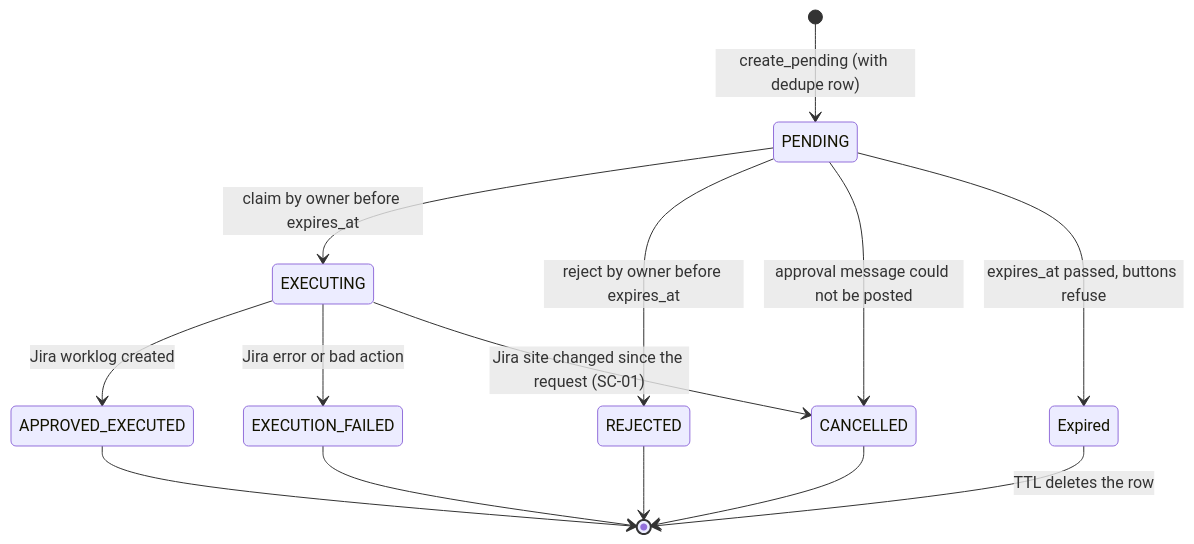
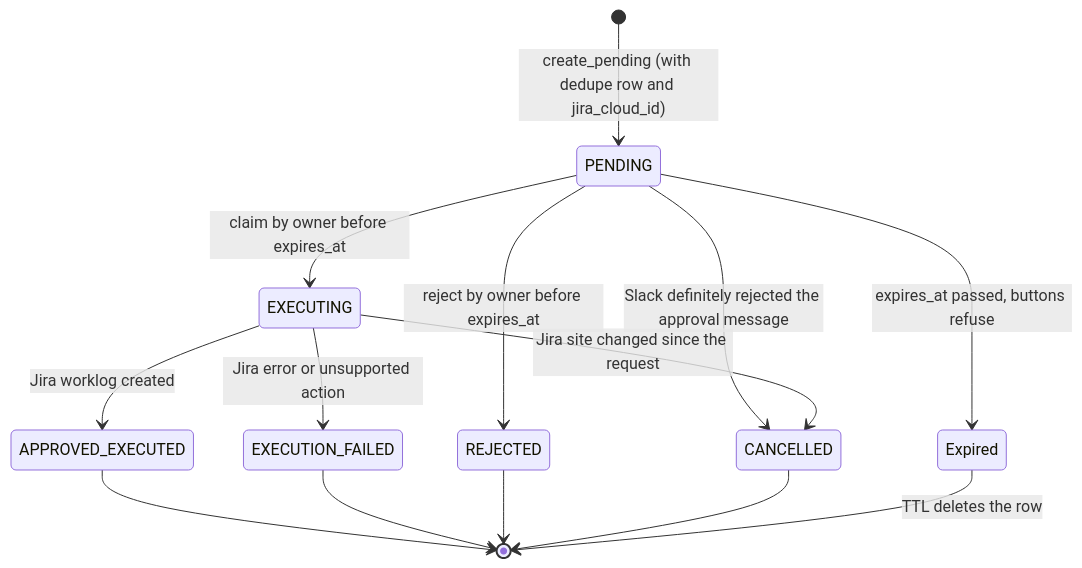
The third of 10 diagrams in docs/design/data_model_and_flows.md (lolohoang123/jira_agent), drawn with Mermaid before and after one commit. The commit also changed other lines of this file and 10 other files, not shown here.

````diff
--- a/docs/design/data_model_and_flows.md
+++ b/docs/design/data_model_and_flows.md
@@ -108,16 +153,16 @@
 ```mermaid
 stateDiagram-v2
-    [*] --> PENDING : create_pending (with dedupe row)
+    [*] --> PENDING : create_pending (with dedupe row and jira_cloud_id)
     PENDING --> EXECUTING : claim by owner before expires_at
     PENDING --> REJECTED : reject by owner before expires_at
-    PENDING --> CANCELLED : approval message could not be posted
+    PENDING --> CANCELLED : Slack definitely rejected the approval message
     PENDING --> Expired : expires_at passed, buttons refuse
+    EXECUTING --> CANCELLED : Jira site changed since the request
     EXECUTING --> APPROVED_EXECUTED : Jira worklog created
-    EXECUTING --> EXECUTION_FAILED : Jira error or bad action
-    EXECUTING --> CANCELLED : Jira site changed since the request (SC-01)
+    EXECUTING --> EXECUTION_FAILED : Jira error or unsupported action
     APPROVED_EXECUTED --> [*]
     EXECUTION_FAILED --> [*]
     REJECTED --> [*]
     CANCELLED --> [*]
     Expired --> [*] : TTL deletes the row
 ```
````
